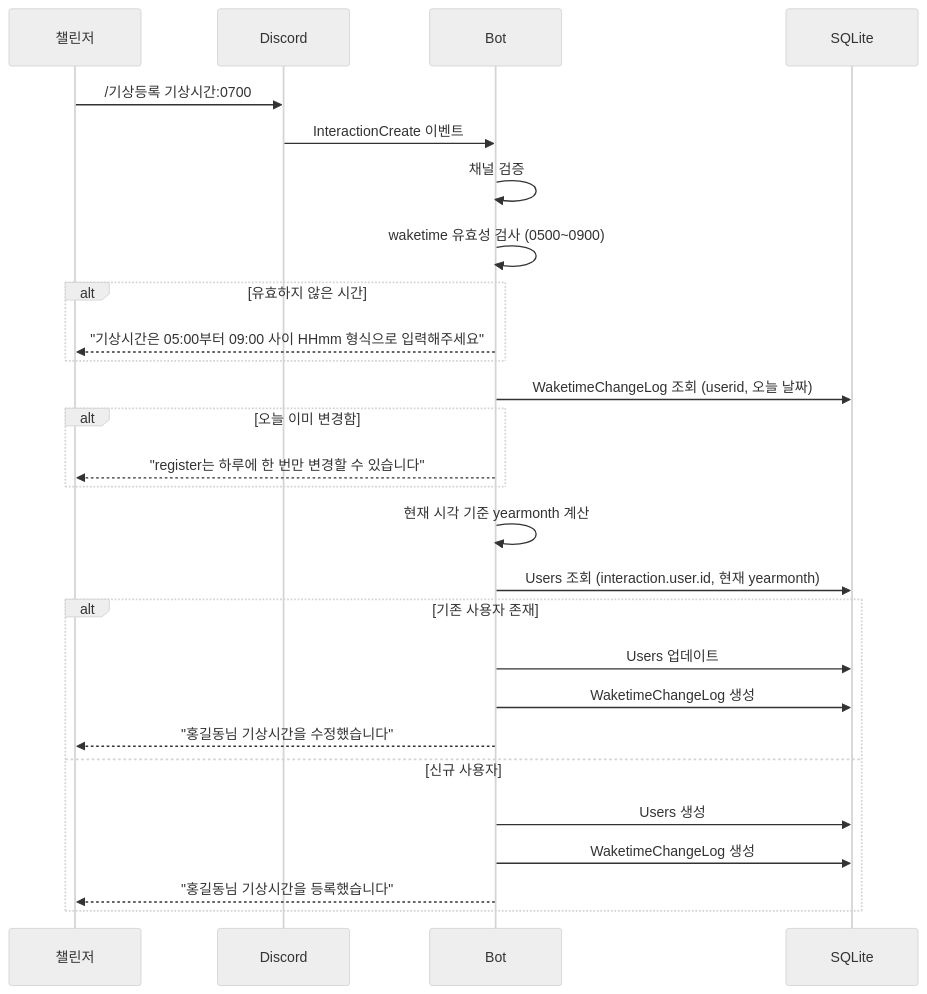
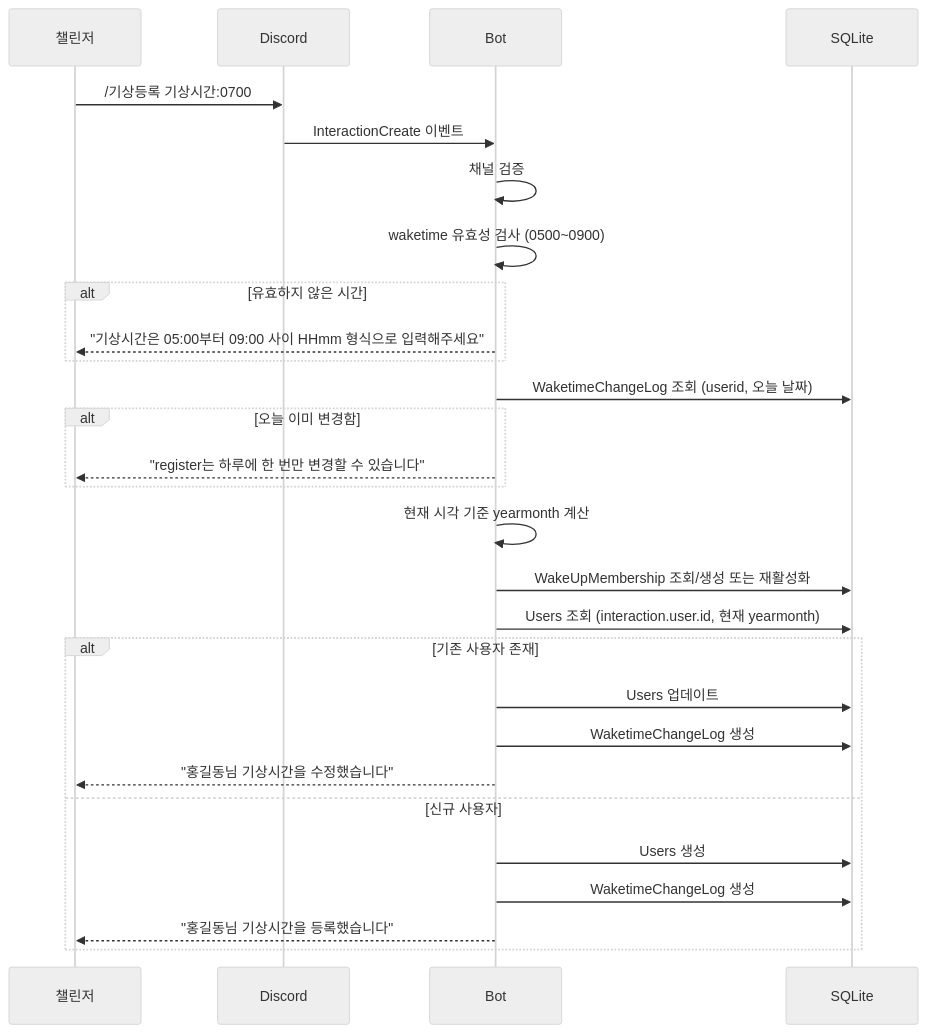
One commit to honki12345/haruharu-discord-bot changed the sixth of 17 diagrams in docs/USER_STORIES.md. Above: the diagram before and after it, drawn with Mermaid (neutral theme). The commit also changed other lines of this file and 18 other files, not shown here.

````diff
--- a/docs/USER_STORIES.md
+++ b/docs/USER_STORIES.md
@@ -215,35 +225,36 @@
 ```mermaid
 sequenceDiagram
     participant U as 챌린저
     participant D as Discord
     participant B as Bot
     participant DB as SQLite
 
     U->>D: /기상등록 기상시간:0700
 
     D->>B: InteractionCreate 이벤트
     B->>B: 채널 검증
 
     B->>B: waketime 유효성 검사 (0500~0900)
     alt 유효하지 않은 시간
         B-->>U: "기상시간은 05:00부터 09:00 사이 HHmm 형식으로 입력해주세요"
     end
 
     B->>DB: WaketimeChangeLog 조회 (userid, 오늘 날짜)
     alt 오늘 이미 변경함
         B-->>U: "register는 하루에 한 번만 변경할 수 있습니다"
     end
 
     B->>B: 현재 시각 기준 yearmonth 계산
+    B->>DB: WakeUpMembership 조회/생성 또는 재활성화
     B->>DB: Users 조회 (interaction.user.id, 현재 yearmonth)
 
     alt 기존 사용자 존재
         B->>DB: Users 업데이트
         B->>DB: WaketimeChangeLog 생성
         B-->>U: "홍길동님 기상시간을 수정했습니다"
     else 신규 사용자
         B->>DB: Users 생성
         B->>DB: WaketimeChangeLog 생성
         B-->>U: "홍길동님 기상시간을 등록했습니다"
     end
 ```
````
